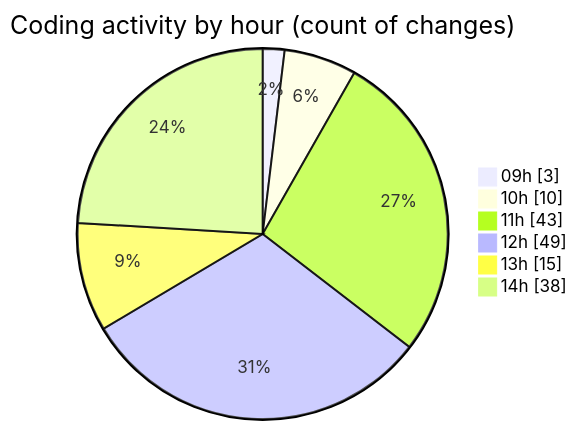
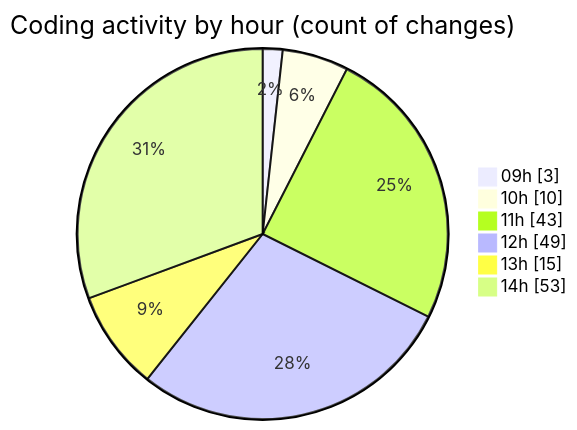
One commit to momahboobian/code-tracking changed the second of 2 diagrams in 2026-01-22/cda/README.md. Above: the diagram before and after it, drawn with Mermaid. The commit also changed other lines of this file and 1 other file, not shown here.

````diff
--- a/2026-01-22/cda/README.md
+++ b/2026-01-22/cda/README.md
@@ -81,10 +90,10 @@
 ```mermaid
 pie showData
 title Coding activity by hour (count of changes)
 "09h" : 3
 "10h" : 10
 "11h" : 43
 "12h" : 49
 "13h" : 15
-"14h" : 38
+"14h" : 53
 ```
````
